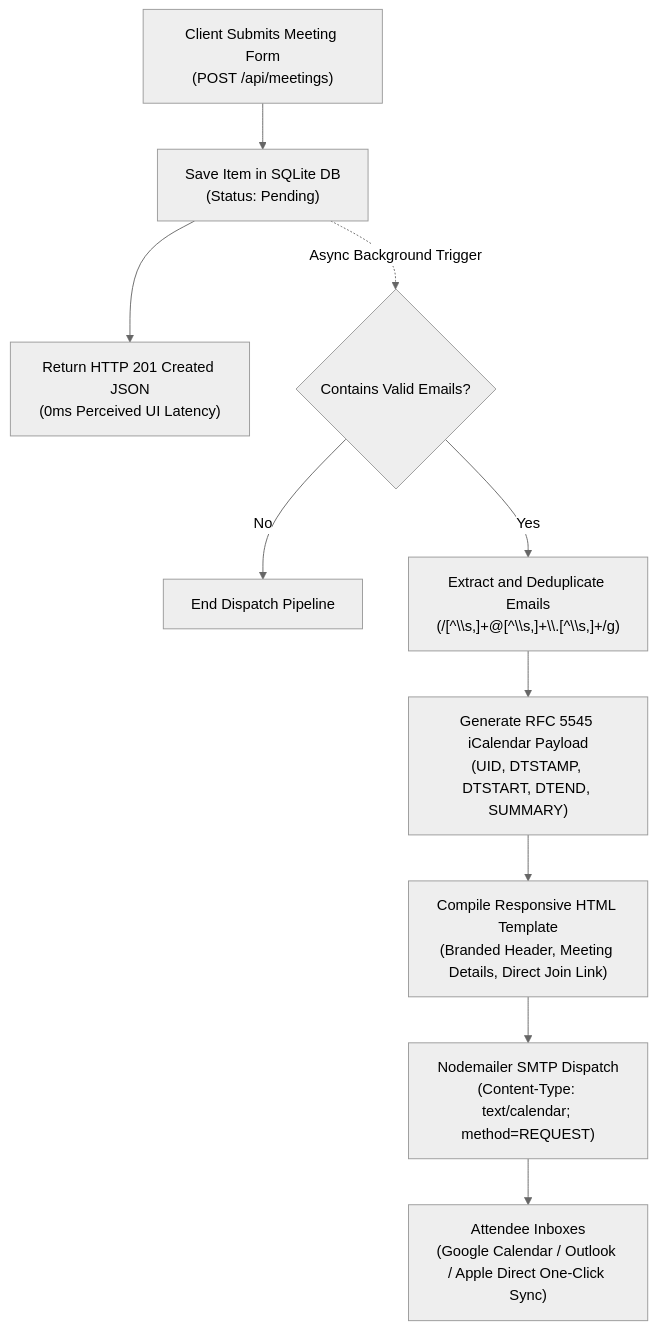
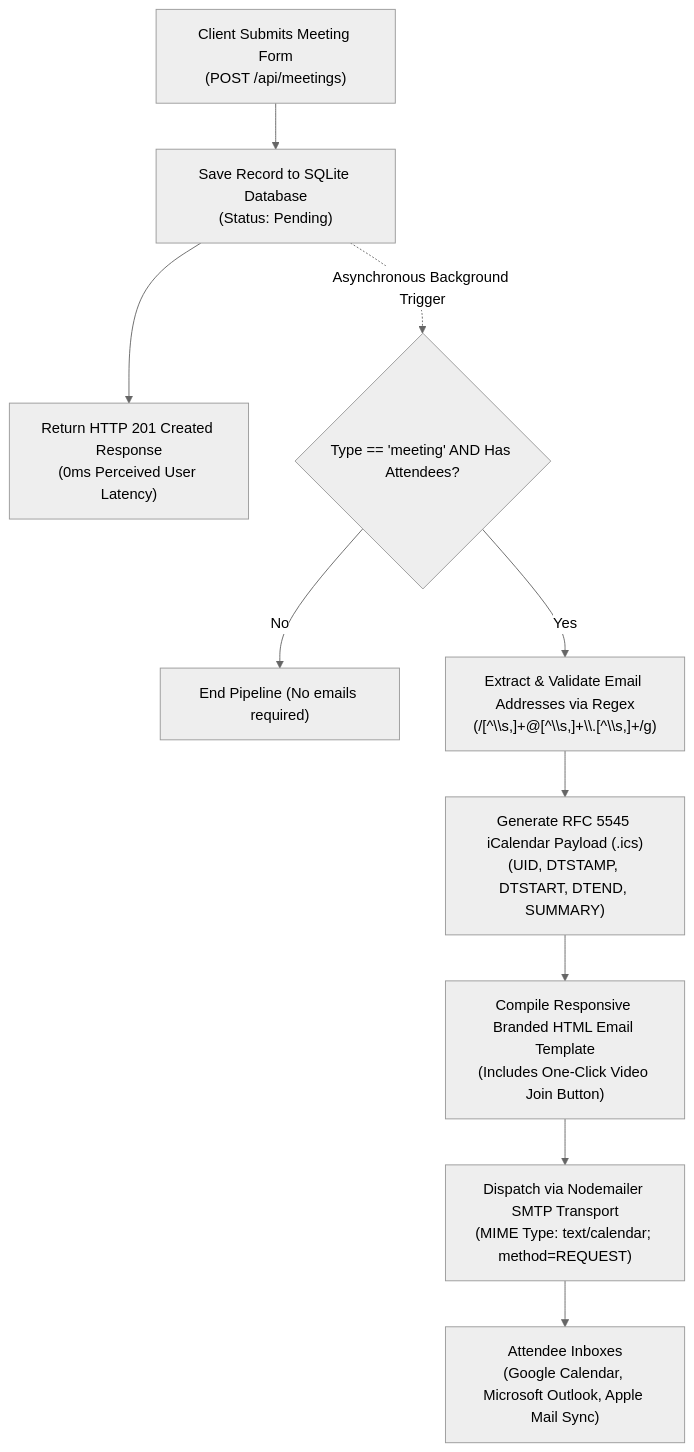
Before and after one commit to itssagarK/meetManager: the sixth of 10 diagrams in PROJECT_DOCUMENTATION.md, drawn with Mermaid (neutral theme). The commit also changed other lines of this file and 3 other files, not shown here.

````diff
--- a/PROJECT_DOCUMENTATION.md
+++ b/PROJECT_DOCUMENTATION.md
@@ -439,17 +435,17 @@
 ```mermaid
 flowchart TD
-    SubmitMeeting["Client Submits Meeting Form\n(POST /api/meetings)"] --> SQLiteSave["Save Item in SQLite DB\n(Status: Pending)"]
-    
-    SQLiteSave --> ImmediateResp["Return HTTP 201 Created JSON\n(0ms Perceived UI Latency)"]
-    
-    SQLiteSave -. "Async Background Trigger" .-> CheckAttendees{"Contains Valid Emails?"}
-    
-    CheckAttendees -- No --> EndPipeline["End Dispatch Pipeline"]
-    CheckAttendees -- Yes --> RegexParse["Extract and Deduplicate Emails\n(/[^\\s,]+@[^\\s,]+\\.[^\\s,]+/g)"]
+    ClientPost["Client Submits Meeting Form\n(POST /api/meetings)"] --> SaveDatabase["Save Record to SQLite Database\n(Status: Pending)"]
 
-    RegexParse --> GenICS["Generate RFC 5545 iCalendar Payload\n(UID, DTSTAMP, DTSTART, DTEND, SUMMARY)"]
-    GenICS --> GenHTML["Compile Responsive HTML Template\n(Branded Header, Meeting Details, Direct Join Link)"]
+    SaveDatabase --> Immediate201["Return HTTP 201 Created Response\n(0ms Perceived User Latency)"]
 
-    GenHTML --> SMTPTransport["Nodemailer SMTP Dispatch\n(Content-Type: text/calendar; method=REQUEST)"]
-    SMTPTransport --> RecipientInbox["Attendee Inboxes\n(Google Calendar / Outlook / Apple Direct One-Click Sync)"]
+    SaveDatabase -. "Asynchronous Background Trigger" .-> CheckType{"Type == 'meeting' AND Has Attendees?"}
+
+    CheckType -- No --> ExitWorker["End Pipeline (No emails required)"]
+    CheckType -- Yes --> ParseEmails["Extract & Validate Email Addresses via Regex\n(/[^\\s,]+@[^\\s,]+\\.[^\\s,]+/g)"]
+
+    ParseEmails --> GenICS["Generate RFC 5545 iCalendar Payload (.ics)\n(UID, DTSTAMP, DTSTART, DTEND, SUMMARY)"]
+    GenICS --> CompileHTML["Compile Responsive Branded HTML Email Template\n(Includes One-Click Video Join Button)"]
+
+    CompileHTML --> SMTPRelay["Dispatch via Nodemailer SMTP Transport\n(MIME Type: text/calendar; method=REQUEST)"]
+    SMTPRelay --> Inboxes["Attendee Inboxes\n(Google Calendar, Microsoft Outlook, Apple Mail Sync)"]
 ```
````
